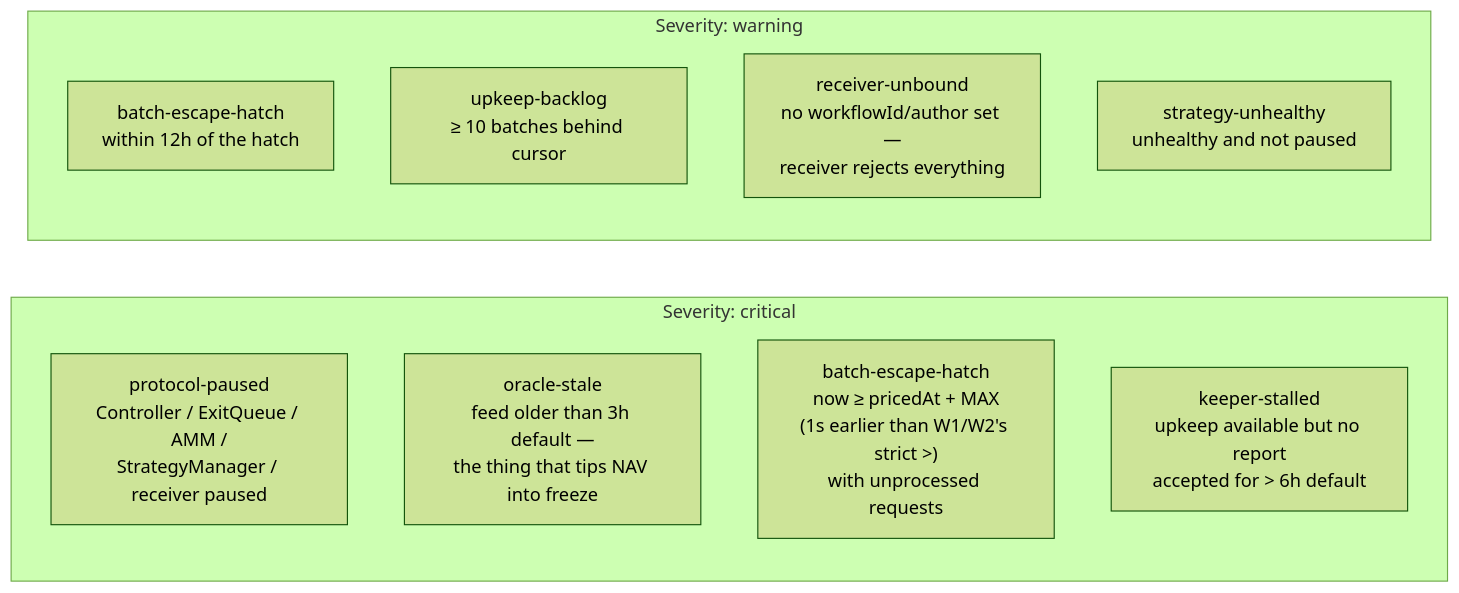
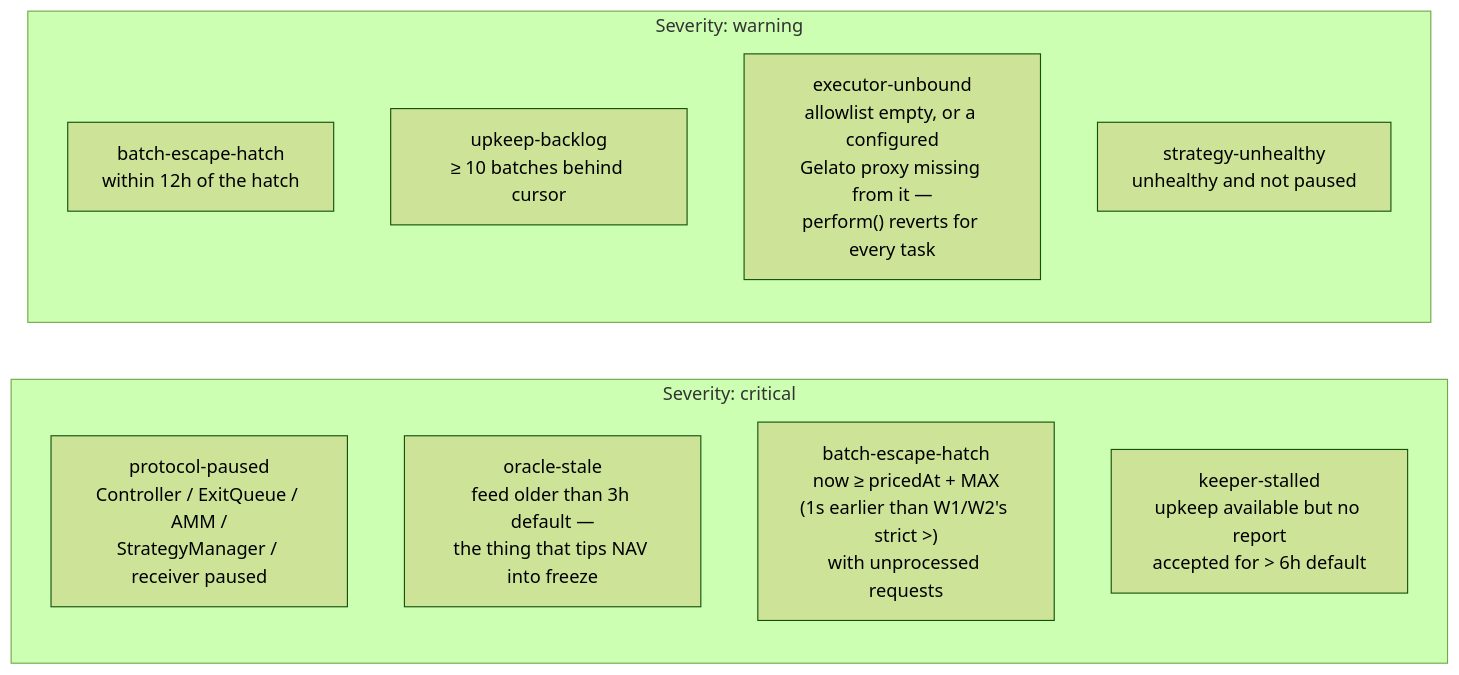
One commit to everstrat-xyz/keepers changed the second of 2 diagrams in blueprints/04-w4-freeze-watch.md. Above: the diagram before and after it, drawn with Mermaid (forest theme). The commit also changed other lines of this file and 93 other files, not shown here.

````diff
--- a/blueprints/04-w4-freeze-watch.md
+++ b/blueprints/04-w4-freeze-watch.md
@@ -35,15 +35,15 @@
 ```mermaid
 flowchart LR
     subgraph CRIT["Severity: critical"]
         C1["protocol-paused<br/>Controller / ExitQueue / AMM /<br/>StrategyManager / receiver paused"]
         C2["oracle-stale<br/>feed older than 3h default —<br/>the thing that tips NAV into freeze"]
         C3["batch-escape-hatch<br/>now ≥ pricedAt + MAX<br/>(1s earlier than W1/W2's strict &gt;)<br/>with unprocessed requests"]
         C4["keeper-stalled<br/>upkeep available but no report<br/>accepted for &gt; 6h default"]
     end
     subgraph WARN["Severity: warning"]
         W1k["batch-escape-hatch<br/>within 12h of the hatch"]
         W2k["upkeep-backlog<br/>≥ 10 batches behind cursor"]
-        W3k["receiver-unbound<br/>no workflowId/author set —<br/>receiver rejects everything"]
+        W3k["executor-unbound<br/>allowlist empty, or a configured<br/>Gelato proxy missing from it —<br/>perform() reverts for every task"]
         W4k["strategy-unhealthy<br/>unhealthy and not paused"]
     end
 ```
````
